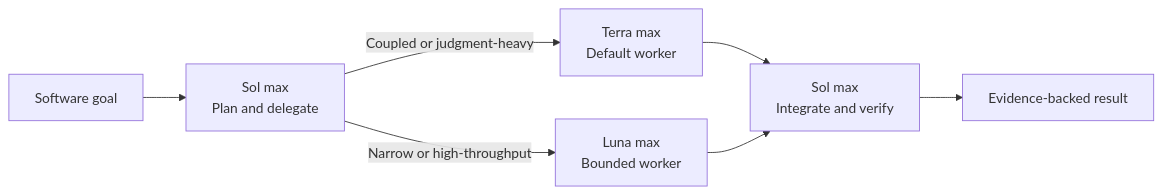
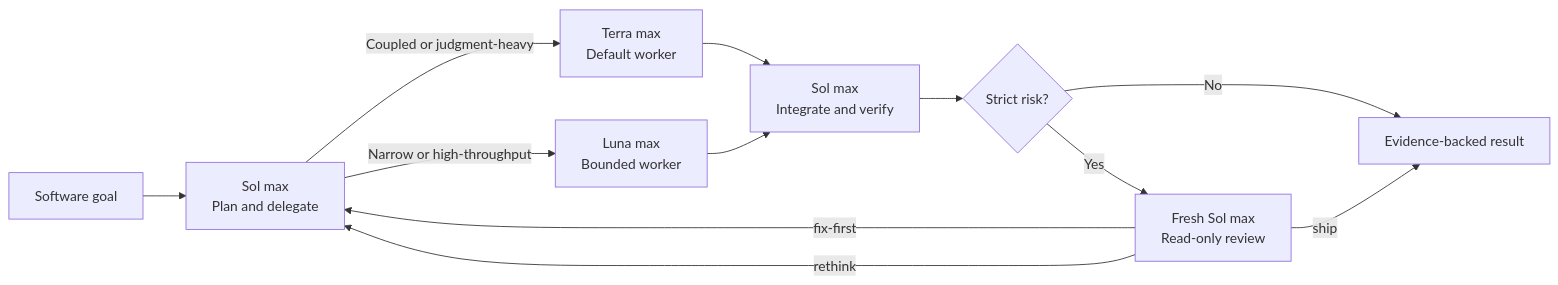
Before and after one commit to jay7793/solweaver: the diagram in README.md, drawn with Mermaid. The commit also changed other lines of this file and 10 other files, not shown here.

````diff
--- a/README.md
+++ b/README.md
@@ -117,9 +127,14 @@
 ```mermaid
 flowchart LR
     G["Software goal"] --> S["Sol max<br/>Plan and delegate"]
     S -->|"Coupled or judgment-heavy"| T["Terra max<br/>Default worker"]
     S -->|"Narrow or high-throughput"| L["Luna max<br/>Bounded worker"]
     T --> I["Sol max<br/>Integrate and verify"]
     L --> I
-    I --> R["Evidence-backed result"]
+    I --> A{"Strict risk?"}
+    A -->|"No"| R["Evidence-backed result"]
+    A -->|"Yes"| V["Fresh Sol max<br/>Read-only review"]
+    V -->|"ship"| R
+    V -->|"fix-first"| S
+    V -->|"rethink"| S
 ```
````
